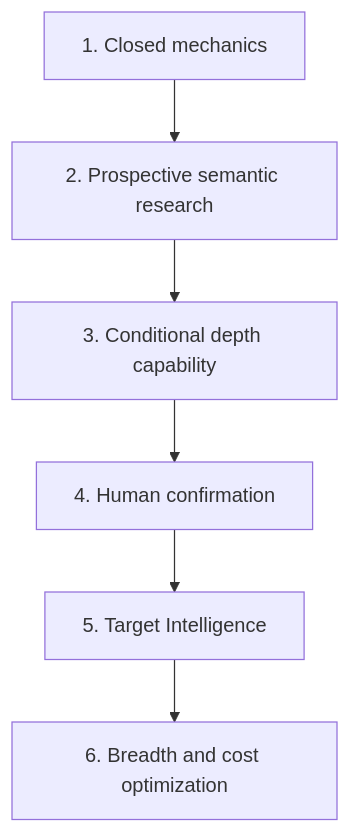
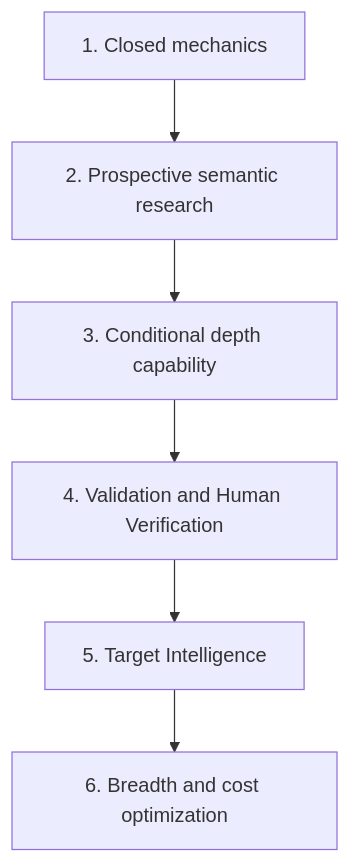
Before and after one commit to momoponwork1415-lgtm/wordpress-harness: the first of 8 diagrams in docs/design/roadmap.md, drawn with Mermaid. The commit also changed other lines of this file and 25 other files, not shown here.

Commit message:
Define source validation and human verification

````diff
--- a/docs/design/roadmap.md
+++ b/docs/design/roadmap.md
@@ -11,11 +11,11 @@
 ```mermaid
 flowchart TB
     m1["1. Closed mechanics"]
     m2["2. Prospective semantic research"]
     m3["3. Conditional depth capability"]
-    m4["4. Human confirmation"]
+    m4["4. Validation and Human Verification"]
     m5["5. Target Intelligence"]
     m6["6. Breadth and cost optimization"]
 
     m1 --> m2 --> m3 --> m4 --> m5 --> m6
 ```
````
